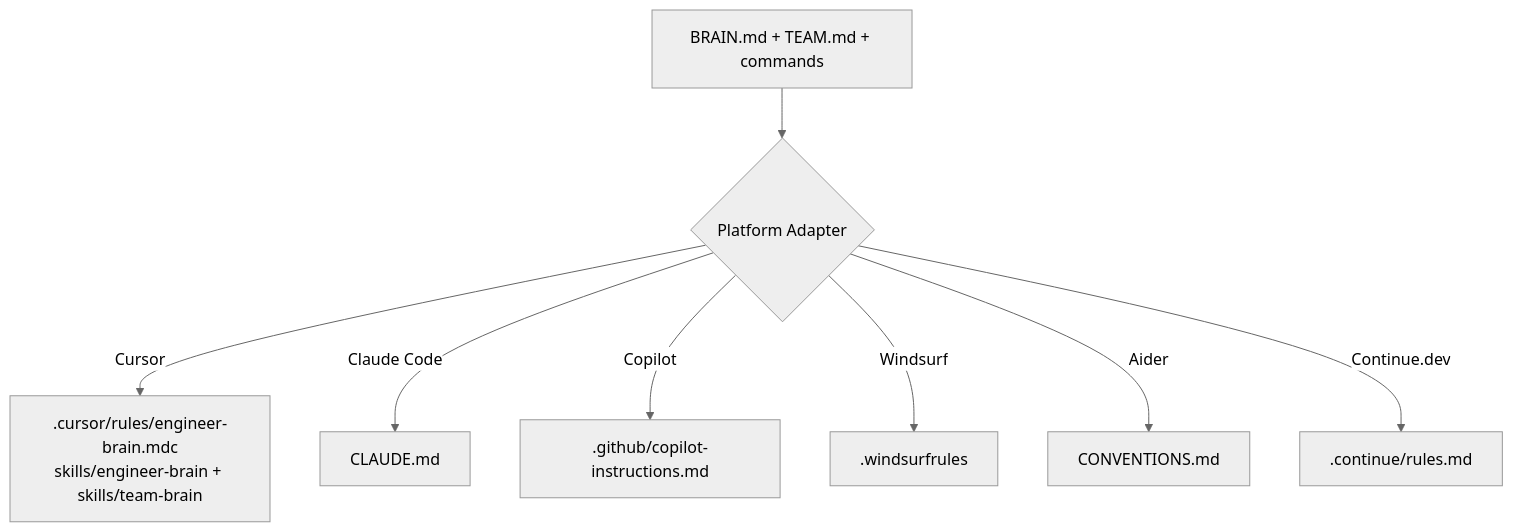
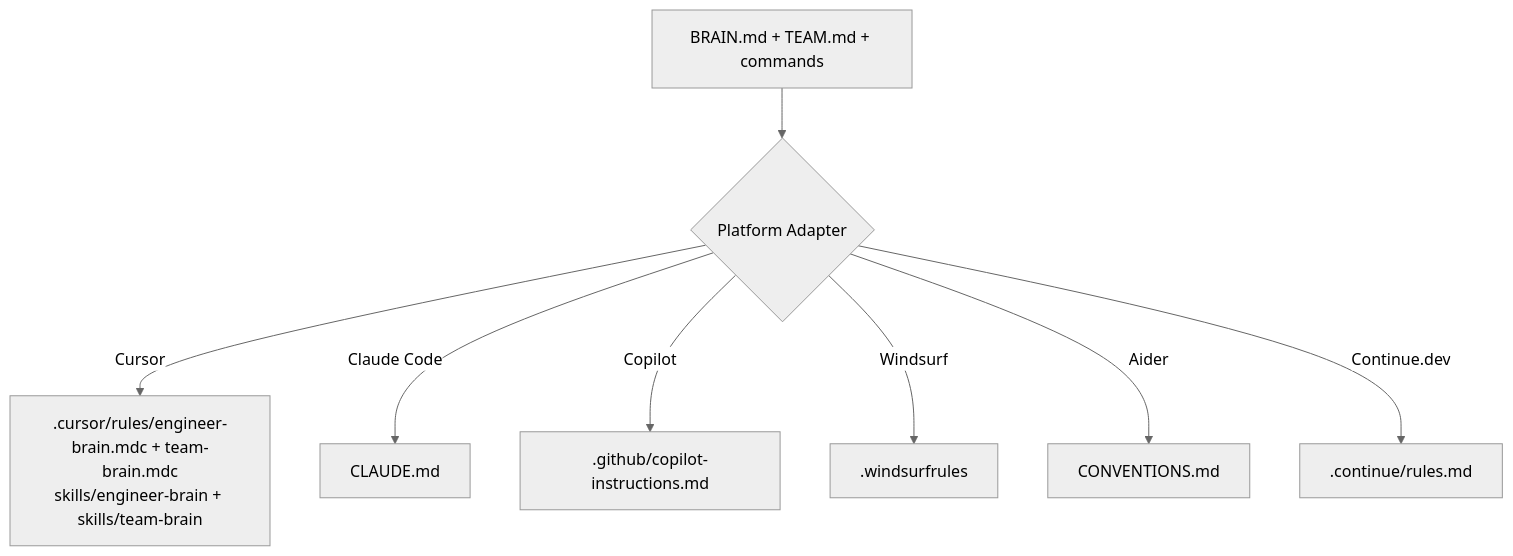
One commit to Hrithik-Gavankar/brainstack changed the fifth of 7 diagrams in docs/architecture.md. Above: the diagram before and after it, drawn with Mermaid (neutral theme). The commit also changed other lines of this file and 24 other files, not shown here.

Commit message:
docs(team-brain): align README, guides, and website with collaborative memory shipped state

````diff
--- a/docs/architecture.md
+++ b/docs/architecture.md
@@ -171,10 +184,10 @@
 ```mermaid
 flowchart TD
     BRAIN[BRAIN.md + TEAM.md + commands] --> ADAPTER{Platform Adapter}
-    ADAPTER -->|Cursor| A1[".cursor/rules/engineer-brain.mdc<br/>skills/engineer-brain + skills/team-brain"]
+    ADAPTER -->|Cursor| A1[".cursor/rules/engineer-brain.mdc + team-brain.mdc<br/>skills/engineer-brain + skills/team-brain"]
     ADAPTER -->|Claude Code| A2["CLAUDE.md"]
     ADAPTER -->|Copilot| A3[".github/copilot-instructions.md"]
     ADAPTER -->|Windsurf| A4[".windsurfrules"]
     ADAPTER -->|Aider| A5["CONVENTIONS.md"]
     ADAPTER -->|Continue.dev| A6[".continue/rules.md"]
 ```
````
